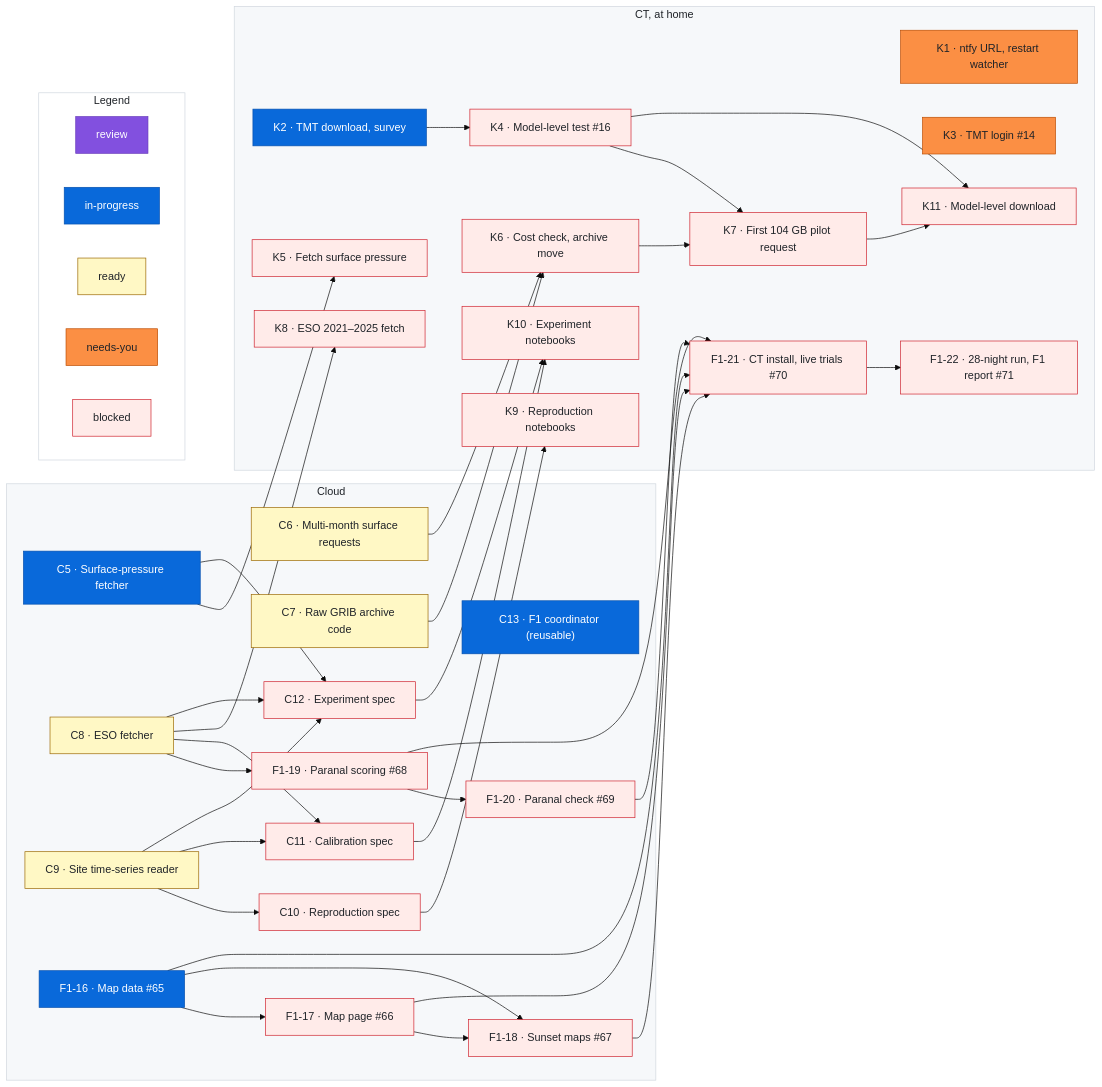
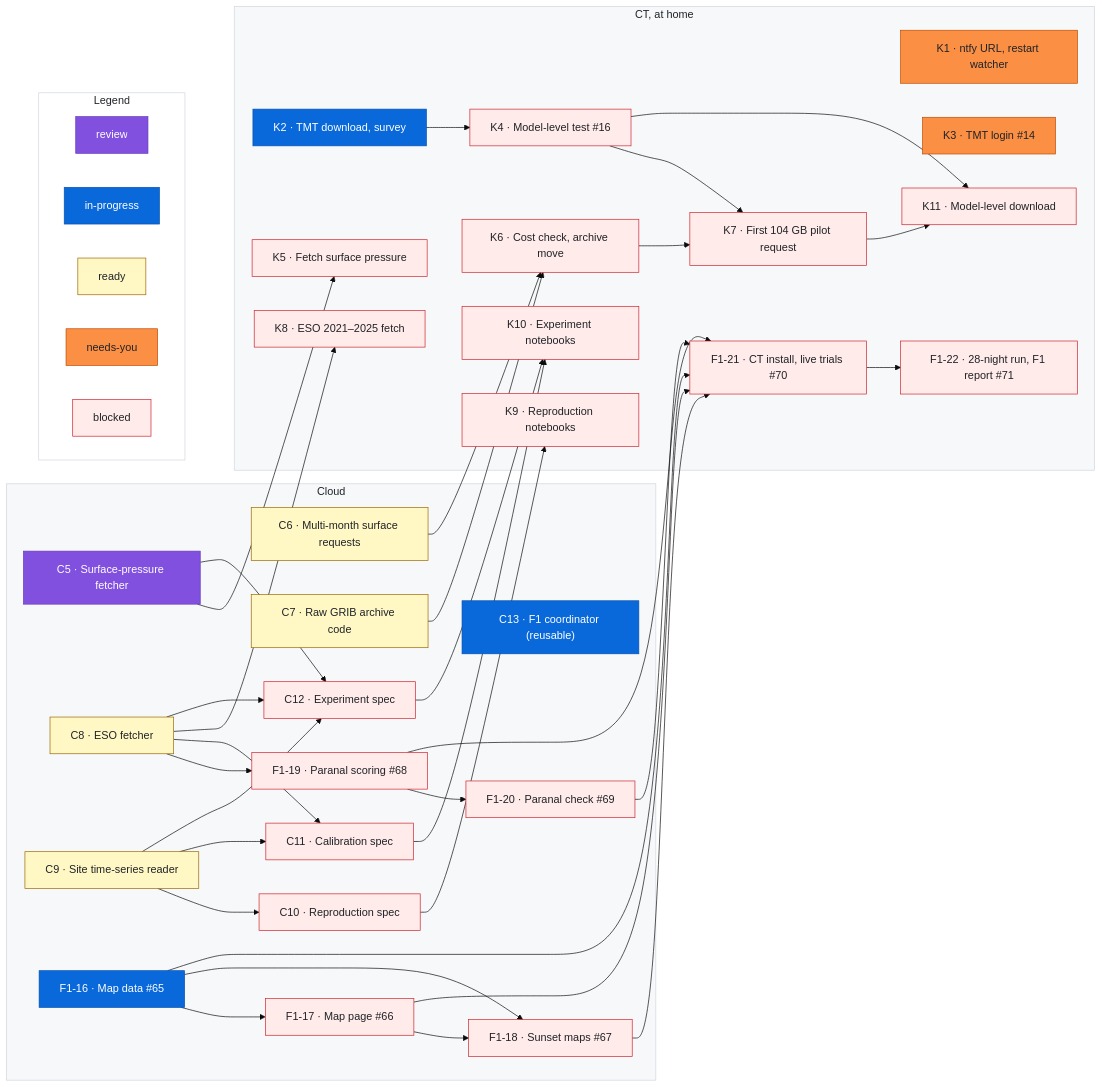
The diagram in docs/roadmap.md (rrweller/Astro-seeing), drawn with Mermaid (base theme) before and after one commit. The commit also changed other lines of this file, not shown here.

Commit message:
roadmap: C5 in-progress → review

```diff
--- a/docs/roadmap.md
+++ b/docs/roadmap.md
@@ -153,7 +153,7 @@
   classDef needsyou fill:#fb8f44,stroke:#bc4c00,color:#1f2328
   classDef blocked fill:#ffebe9,stroke:#cf222e,color:#1f2328
   %% Status lines: one per item, each followed by a `%% ---` spacer. Sessions change only the last word.
-  class C5 inprogress
+  class C5 review
   %% ---
   class C6 ready
   %% ---
```
